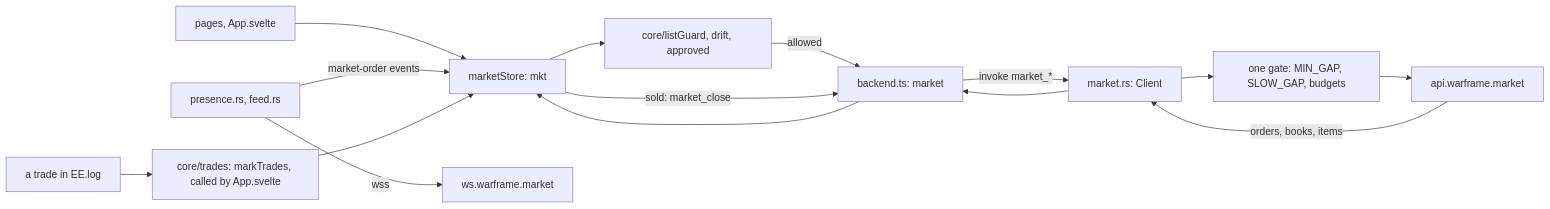
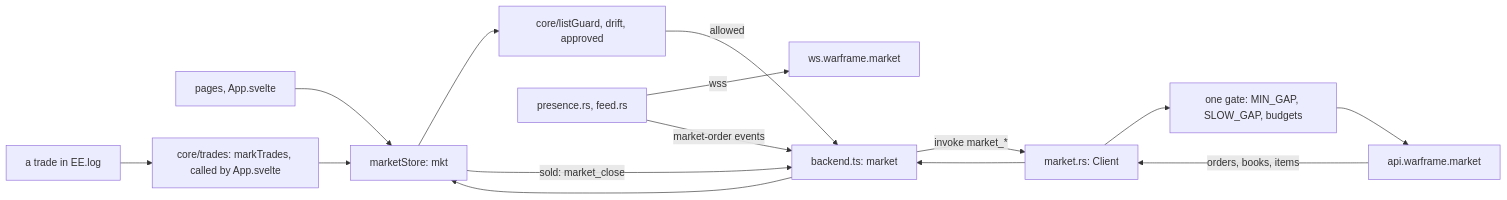
One commit to ShezissSnake/myorbiter changed the third of 6 diagrams in docs/architecture.md. Above: the diagram before and after it, drawn with Mermaid. The commit also changed other lines of this file, not shown here.

First line of the commit message:
Correct the architecture overview after a second pass over the code

````diff
--- a/docs/architecture.md
+++ b/docs/architecture.md
@@ -126,17 +128,17 @@
 ```mermaid
 flowchart LR
   page["pages, App.svelte"] --> mkt["marketStore: mkt"]
   mkt --> guard["core/listGuard, drift, approved"]
   guard -->|"allowed"| api["backend.ts: market"]
   api -->|"invoke market_*"| client["market.rs: Client"]
   client --> gate["one gate: MIN_GAP, SLOW_GAP, budgets"]
   gate --> wfm["api.warframe.market"]
   wfm -->|"orders, books, items"| client
   client --> api
   api --> mkt
   sock["presence.rs, feed.rs"] -->|"wss"| wfmws["ws.warframe.market"]
-  sock -->|"market-order events"| mkt
+  sock -->|"market-order events"| api
   trade["a trade in EE.log"] --> mark["core/trades: markTrades, called by App.svelte"]
   mark --> mkt
   mkt -->|"sold: market_close"| api
 ```
````
